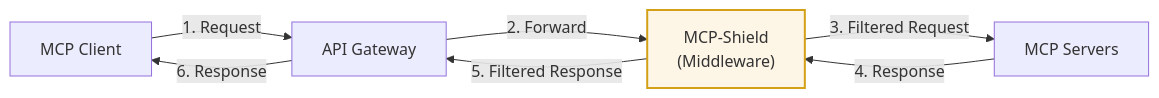
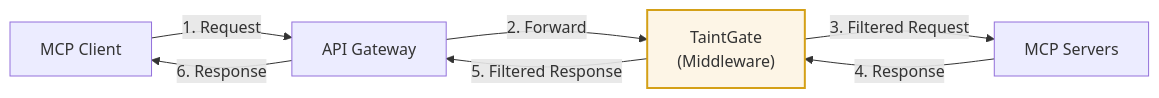
Before and after one commit to kiranv926/mcp-shield: the seventh of 8 diagrams in ARCHITECTURE.md, drawn with Mermaid. The commit also changed other lines of this file and 67 other files, not shown here.

First line of the commit message:
refactor(brand): rename MCP-Shield -> TaintGate across the project

````diff
--- a/ARCHITECTURE.md
+++ b/ARCHITECTURE.md
@@ -500,11 +500,11 @@
 ```mermaid
 graph LR
     Client["MCP Client"] -->|"1. Request"| Gateway["API Gateway"]
-    Gateway -->|"2. Forward"| Shield["MCP-Shield<br/>(Middleware)"]
+    Gateway -->|"2. Forward"| Shield["TaintGate<br/>(Middleware)"]
     Shield -->|"3. Filtered Request"| Servers["MCP Servers"]
     Servers -->|"4. Response"| Shield
     Shield -->|"5. Filtered Response"| Gateway
     Gateway -->|"6. Response"| Client
     
     style Shield fill:#fdf5e6,stroke:#d4a017,stroke-width:2px
 ```
````
